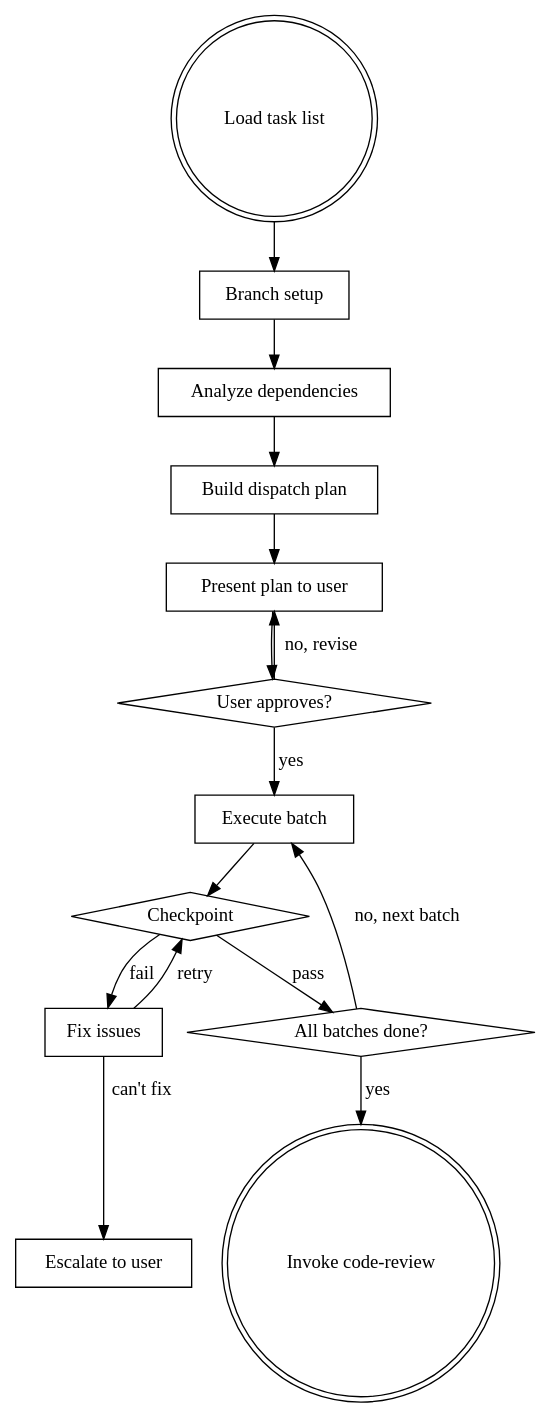
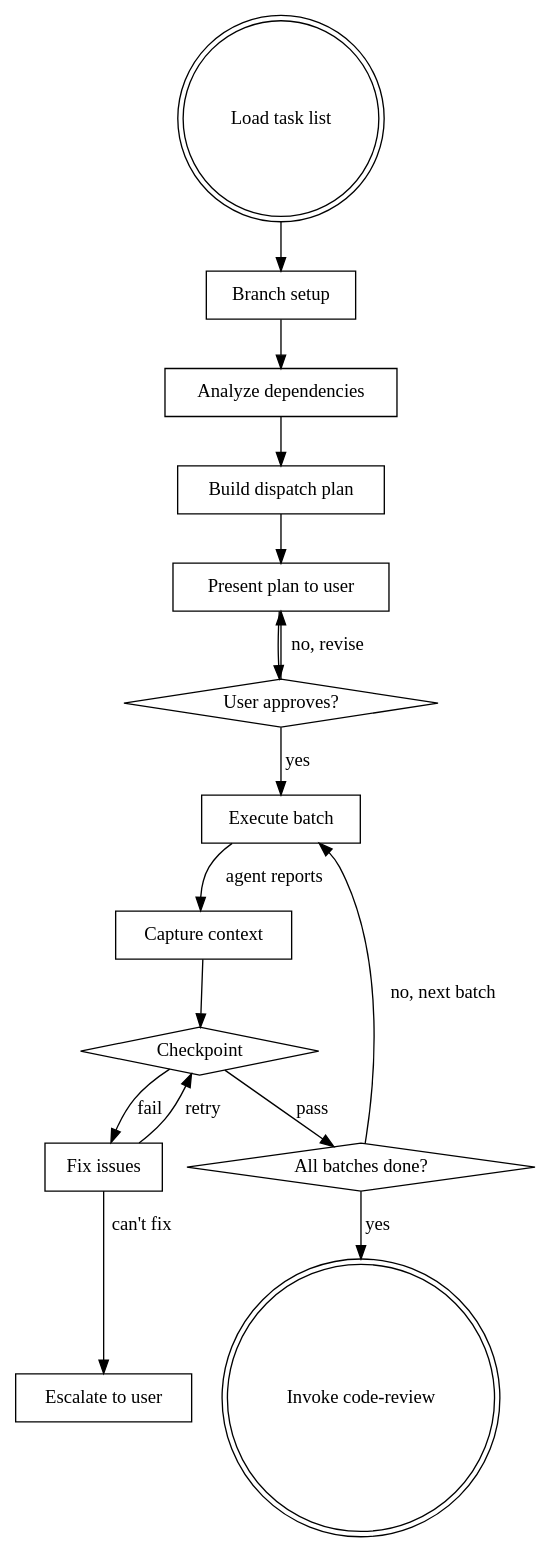
Before and after one commit to VijayPatil14121988/vj_plugins: the diagram in plugins/siddhi/skills/implementation/SKILL.md, drawn with Graphviz. The commit also changed other lines of this file, not shown here.

First line of the commit message:
feat: add context forwarding between agents in implementation skill

````diff
--- a/plugins/siddhi/skills/implementation/SKILL.md
+++ b/plugins/siddhi/skills/implementation/SKILL.md
@@ -18,31 +18,33 @@
 ```dot
 digraph implementation {
     "Load task list" [shape=doublecircle];
     "Branch setup" [shape=box];
     "Analyze dependencies" [shape=box];
     "Build dispatch plan" [shape=box];
     "Present plan to user" [shape=box];
     "User approves?" [shape=diamond];
     "Execute batch" [shape=box];
     "Checkpoint" [shape=diamond];
     "All batches done?" [shape=diamond];
     "Invoke code-review" [shape=doublecircle];
     "Fix issues" [shape=box];
     "Escalate to user" [shape=box];
 
     "Load task list" -> "Branch setup";
     "Branch setup" -> "Analyze dependencies";
     "Analyze dependencies" -> "Build dispatch plan";
     "Build dispatch plan" -> "Present plan to user";
     "Present plan to user" -> "User approves?";
     "User approves?" -> "Present plan to user" [label="no, revise"];
     "User approves?" -> "Execute batch" [label="yes"];
-    "Execute batch" -> "Checkpoint";
+    "Execute batch" -> "Capture context" [label="agent reports"];
+    "Capture context" [shape=box];
+    "Capture context" -> "Checkpoint";
     "Checkpoint" -> "All batches done?" [label="pass"];
     "Checkpoint" -> "Fix issues" [label="fail"];
     "Fix issues" -> "Checkpoint" [label="retry"];
     "Fix issues" -> "Escalate to user" [label="can't fix"];
     "All batches done?" -> "Execute batch" [label="no, next batch"];
     "All batches done?" -> "Invoke code-review" [label="yes"];
 }
 ```
````
